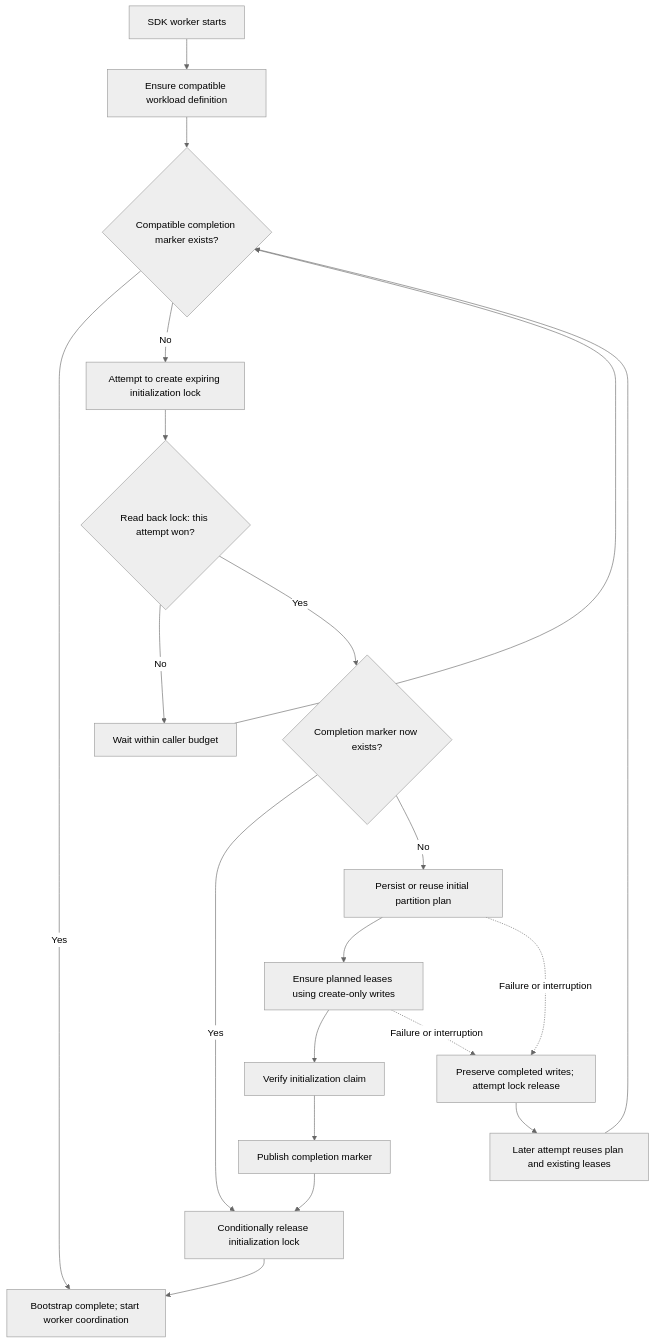
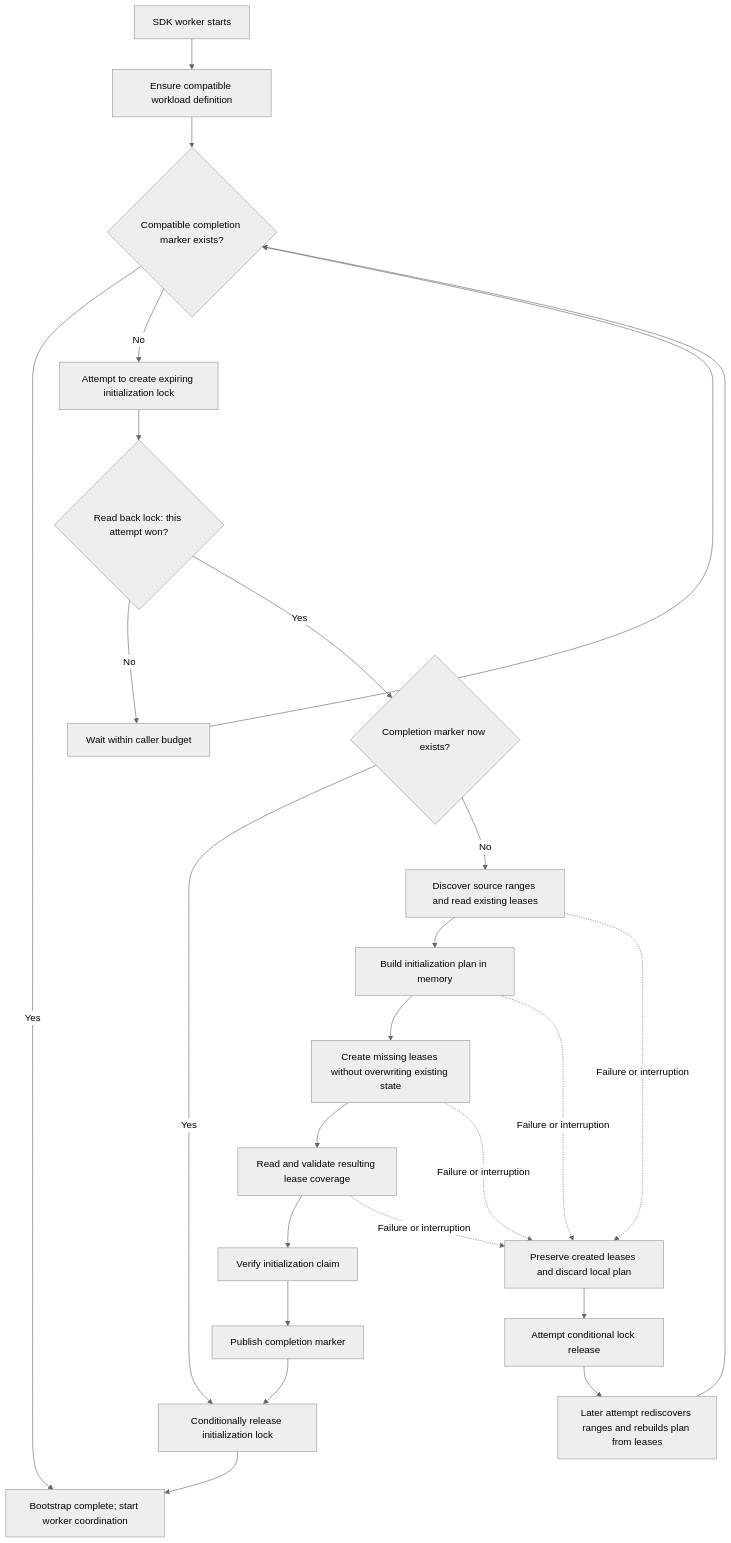
The second of 5 diagrams in sdk/cosmos/docs/specs/0031-change-feed-processor.md (Azure/azure-sdk-for-rust), drawn with Mermaid (neutral theme) before and after one commit. The commit also changed other lines of this file, not shown here.

First line of the commit message:
Keep CFP initialization plans in memory

````diff
--- a/sdk/cosmos/docs/specs/0031-change-feed-processor.md
+++ b/sdk/cosmos/docs/specs/0031-change-feed-processor.md
@@ -521,22 +531,27 @@
 ```mermaid
 flowchart TD
     Start["SDK worker starts"] --> Definition["Ensure compatible workload definition"]
     Definition --> Ready{"Compatible completion marker exists?"}
     Ready -->|Yes| Done["Bootstrap complete; start worker coordination"]
     Ready -->|No| Claim["Attempt to create expiring initialization lock"]
     Claim --> Won{"Read back lock: this attempt won?"}
     Won -->|No| Wait["Wait within caller budget"]
     Wait --> Ready
     Won -->|Yes| Recheck{"Completion marker now exists?"}
     Recheck -->|Yes| Release["Conditionally release initialization lock"]
-    Recheck -->|No| Plan["Persist or reuse initial partition plan"]
-    Plan --> Leases["Ensure planned leases using create-only writes"]
-    Leases --> ClaimCheck["Verify initialization claim"]
+    Recheck -->|No| Discover["Discover source ranges and read existing leases"]
+    Discover --> Plan["Build initialization plan in memory"]
+    Plan --> Leases["Create missing leases without overwriting existing state"]
+    Leases --> Coverage["Read and validate resulting lease coverage"]
+    Coverage --> ClaimCheck["Verify initialization claim"]
     ClaimCheck --> Publish["Publish completion marker"]
     Publish --> Release
     Release --> Done
-    Plan -.->|Failure or interruption| Partial["Preserve completed writes; attempt lock release"]
+    Discover -.->|Failure or interruption| Partial["Preserve created leases and discard local plan"]
+    Plan -.->|Failure or interruption| Partial
     Leases -.->|Failure or interruption| Partial
-    Partial --> Retry["Later attempt reuses plan and existing leases"]
+    Coverage -.->|Failure or interruption| Partial
+    Partial --> Cleanup["Attempt conditional lock release"]
+    Cleanup --> Retry["Later attempt rediscovers ranges and rebuilds plan from leases"]
     Retry --> Ready
 ```
````
